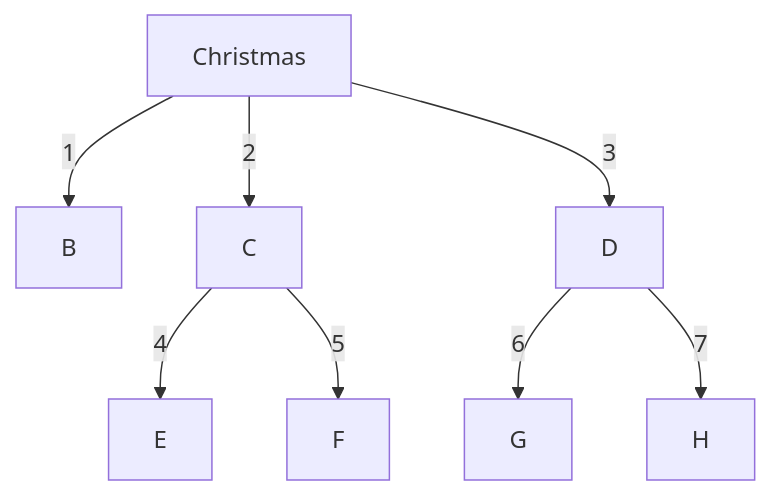
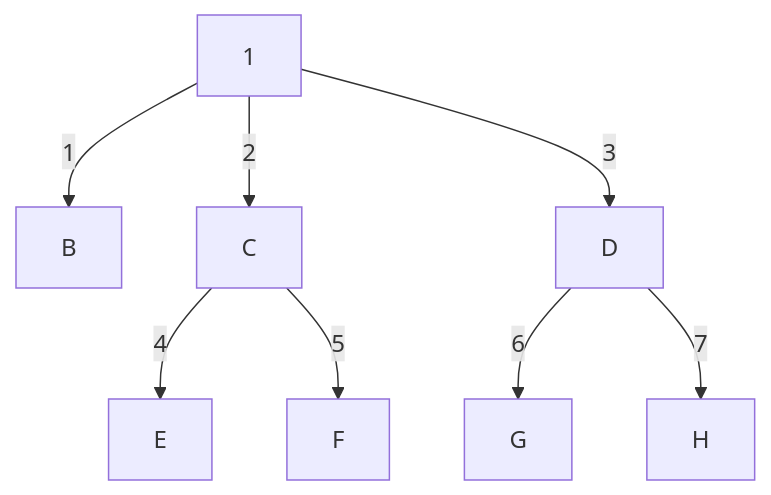
Before and after one commit to z1skgr/materials.c: the diagram in README.md, drawn with Mermaid.

````diff
--- a/README.md
+++ b/README.md
@@ -21,10 +21,10 @@
 ```mermaid
 graph TD;
-    A[Christmas]-->|1|B;
+    A[1]-->|1|B;
     A-->|2|C;
     A-->|3|D;
     C-->|4|E;
     C-->|5|F;
     D-->|6|G;
     D-->|7|H;
 ```
````
